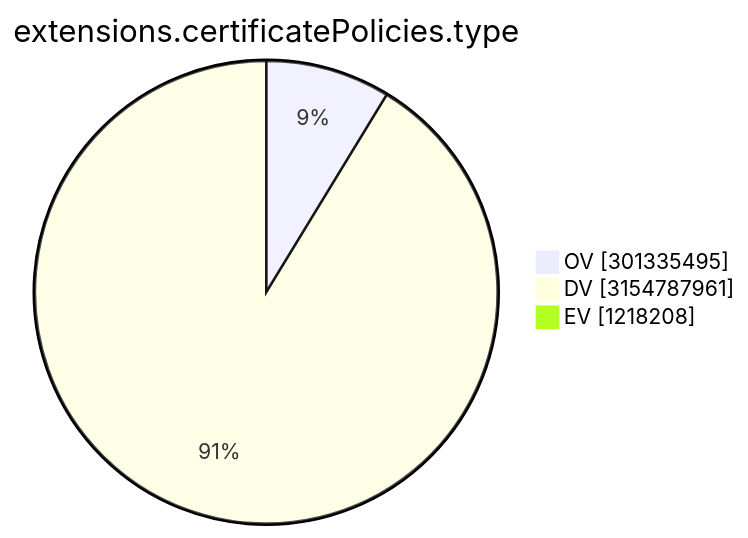
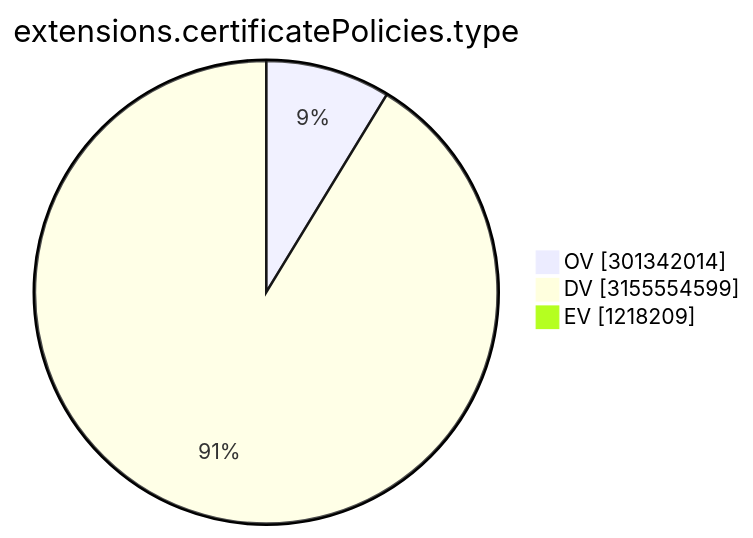
The ninth of 15 diagrams in TOTAL/README.md (christiankrug/ctmonitor_visualization), drawn with Mermaid before and after one commit. The commit also changed other lines of this file, not shown here.

````diff
--- a/TOTAL/README.md
+++ b/TOTAL/README.md
@@ -3105,7 +3105,7 @@
 ```mermaid
 pie showData
 title extensions.certificatePolicies.type
-"OV" :301335495
-"DV" :3154787961
-"EV" :1218208
+"OV" :301342014
+"DV" :3155554599
+"EV" :1218209
 ```
````
